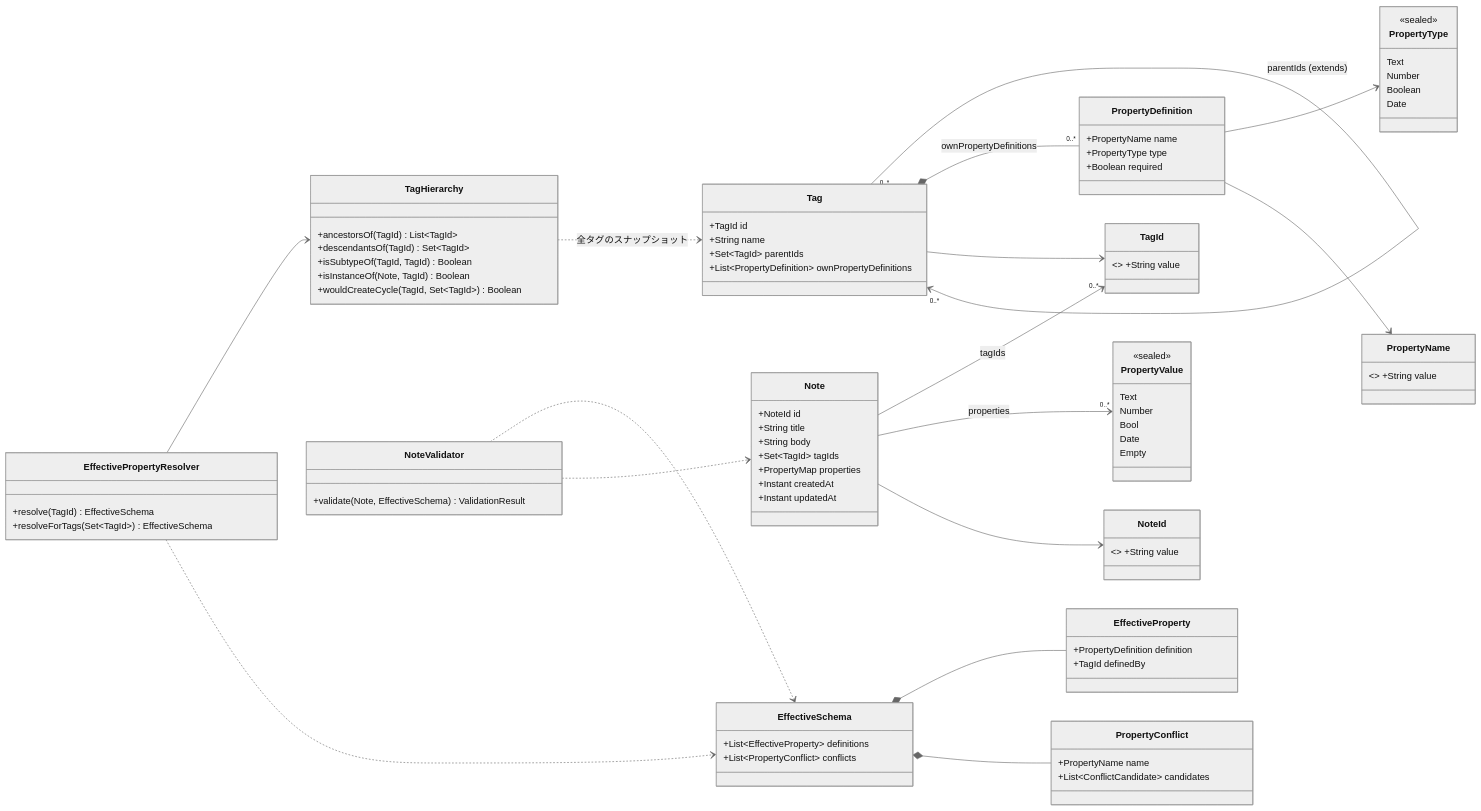
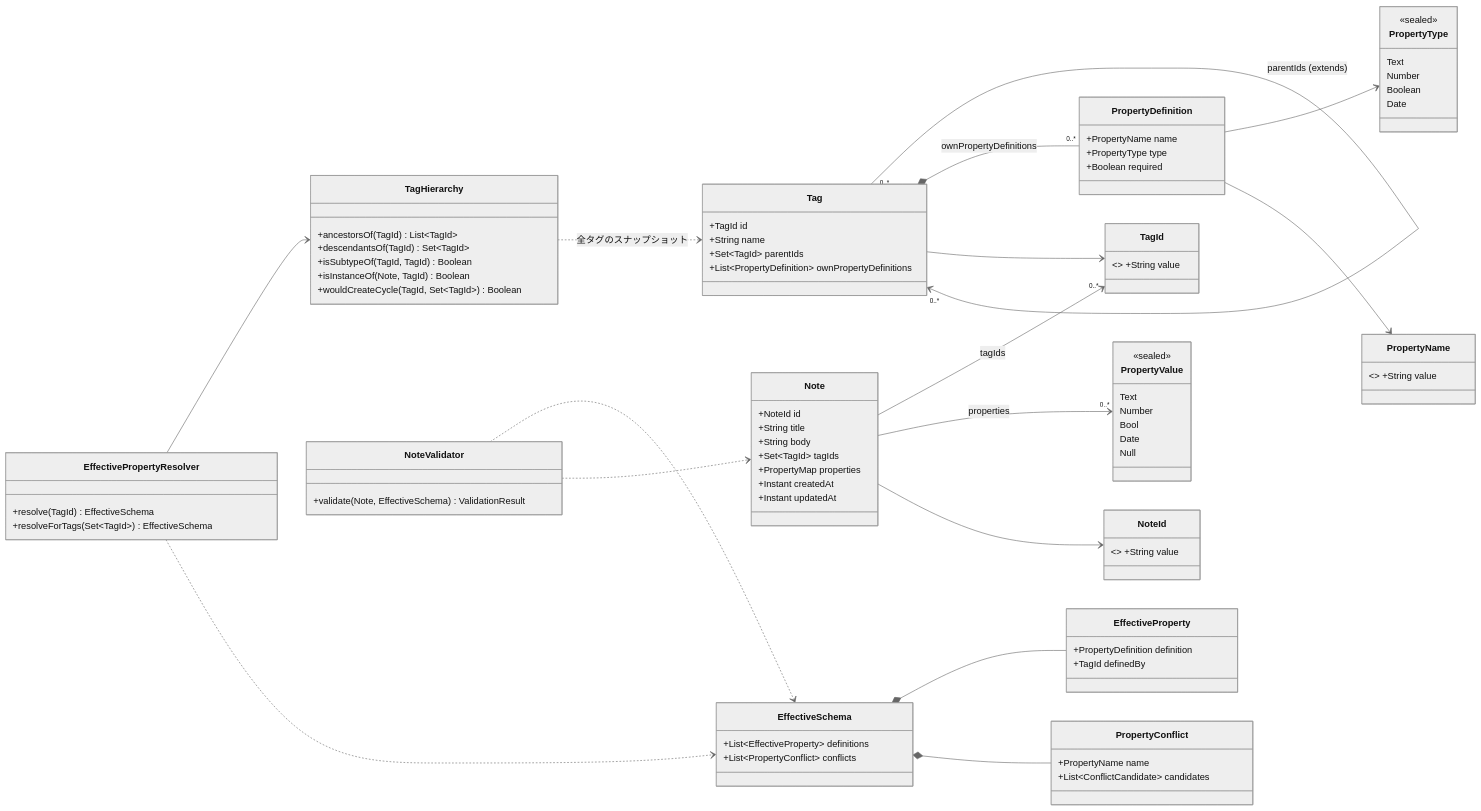
One commit to amgm-masamune/notebook-tag-props-haiku5_5 changed the first of 2 diagrams in docs/data-model.md. Above: the diagram before and after it, drawn with Mermaid (neutral theme). The commit also changed other lines of this file and 52 other files, not shown here.

```diff
--- a/docs/data-model.md
+++ b/docs/data-model.md
@@ -92,7 +92,7 @@
         Number
         Bool
         Date
-        Empty
+        Null
     }
     class Note {
         +NoteId id
```
